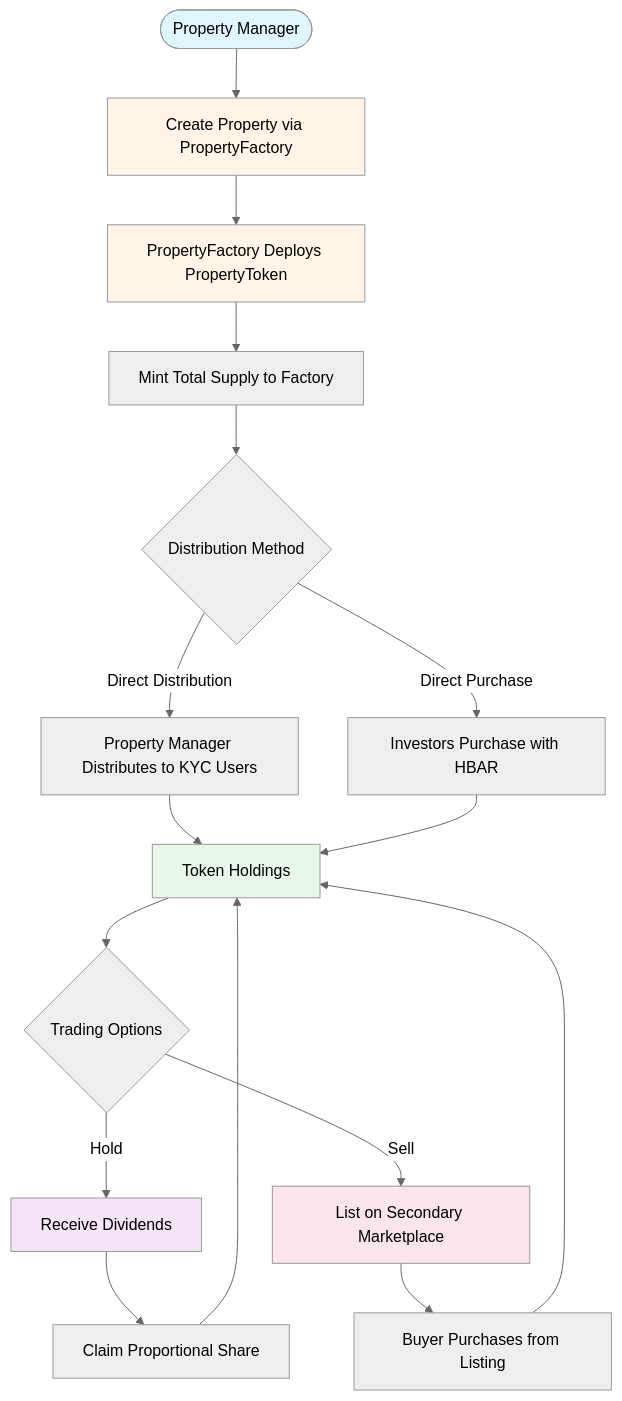
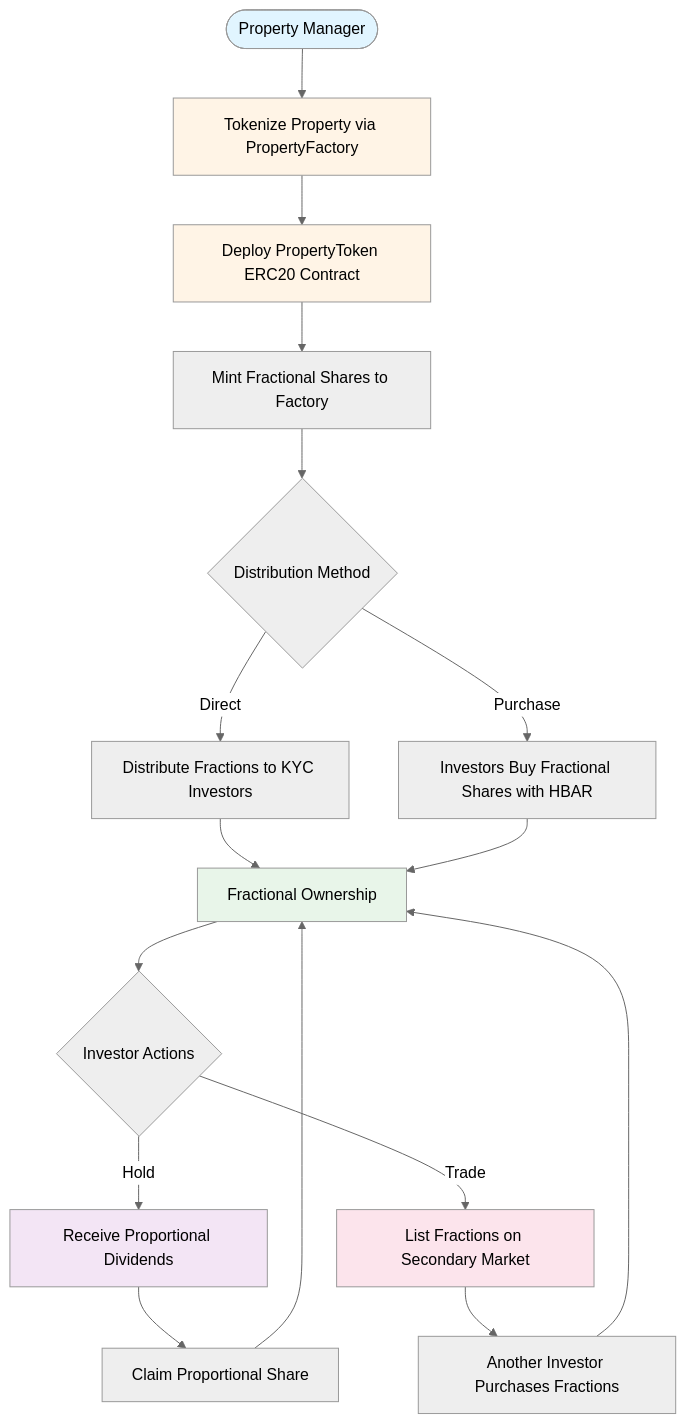
The first of 2 diagrams in README.md (welcomehome-intl/welcome-marketplace), drawn with Mermaid (neutral theme) before and after one commit. The commit also changed other lines of this file, not shown here.

````diff
--- a/README.md
+++ b/README.md
@@ -419,31 +451,31 @@
 ```mermaid
 flowchart TD
-    Start([Property Manager]) --> Create[Create Property via PropertyFactory]
-    Create --> Deploy[PropertyFactory Deploys PropertyToken]
-    Deploy --> Mint[Mint Total Supply to Factory]
+    Start([Property Manager]) --> Create[Tokenize Property via PropertyFactory]
+    Create --> Deploy[Deploy PropertyToken ERC20 Contract]
+    Deploy --> Mint[Mint Fractional Shares to Factory]
     Mint --> Distribute{Distribution Method}
 
-    Distribute -->|Direct Distribution| DistTokens[Property Manager Distributes to KYC Users]
-    Distribute -->|Direct Purchase| Purchase[Investors Purchase with HBAR]
+    Distribute -->|Direct| DistTokens[Distribute Fractions to KYC Investors]
+    Distribute -->|Purchase| Purchase[Investors Buy Fractional Shares with HBAR]
 
-    DistTokens --> Holdings[Token Holdings]
+    DistTokens --> Holdings[Fractional Ownership]
     Purchase --> Holdings
 
-    Holdings --> Trade{Trading Options}
+    Holdings --> Trade{Investor Actions}
 
-    Trade -->|Hold| Dividends[Receive Dividends]
-    Trade -->|Sell| Marketplace[List on Secondary Marketplace]
+    Trade -->|Hold| Dividends[Receive Proportional Dividends]
+    Trade -->|Trade| Marketplace[List Fractions on Secondary Market]
 
-    Marketplace --> Buyer[Buyer Purchases from Listing]
+    Marketplace --> Buyer[Another Investor Purchases Fractions]
     Buyer --> Holdings
 
     Dividends --> Claim[Claim Proportional Share]
     Claim --> Holdings
 
     style Start fill:#e1f5ff
     style Create fill:#fff4e6
     style Deploy fill:#fff4e6
     style Holdings fill:#e8f5e9
     style Dividends fill:#f3e5f5
     style Marketplace fill:#fce4ec
 ```
````
